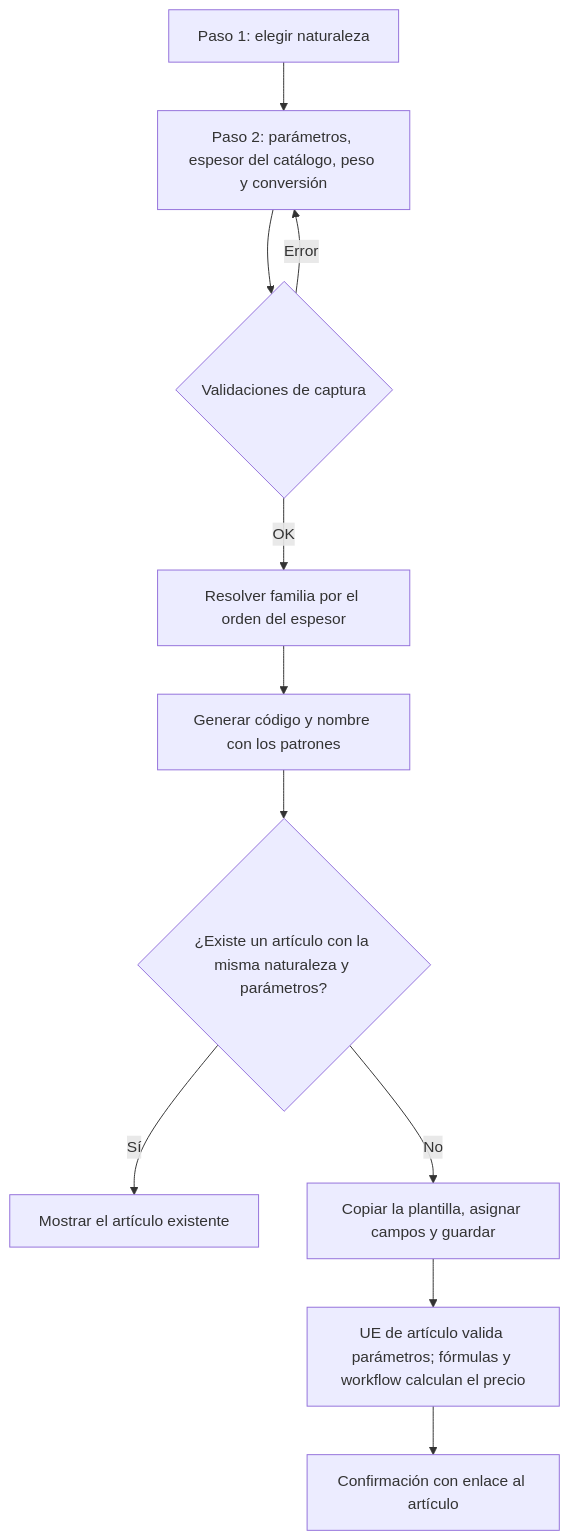
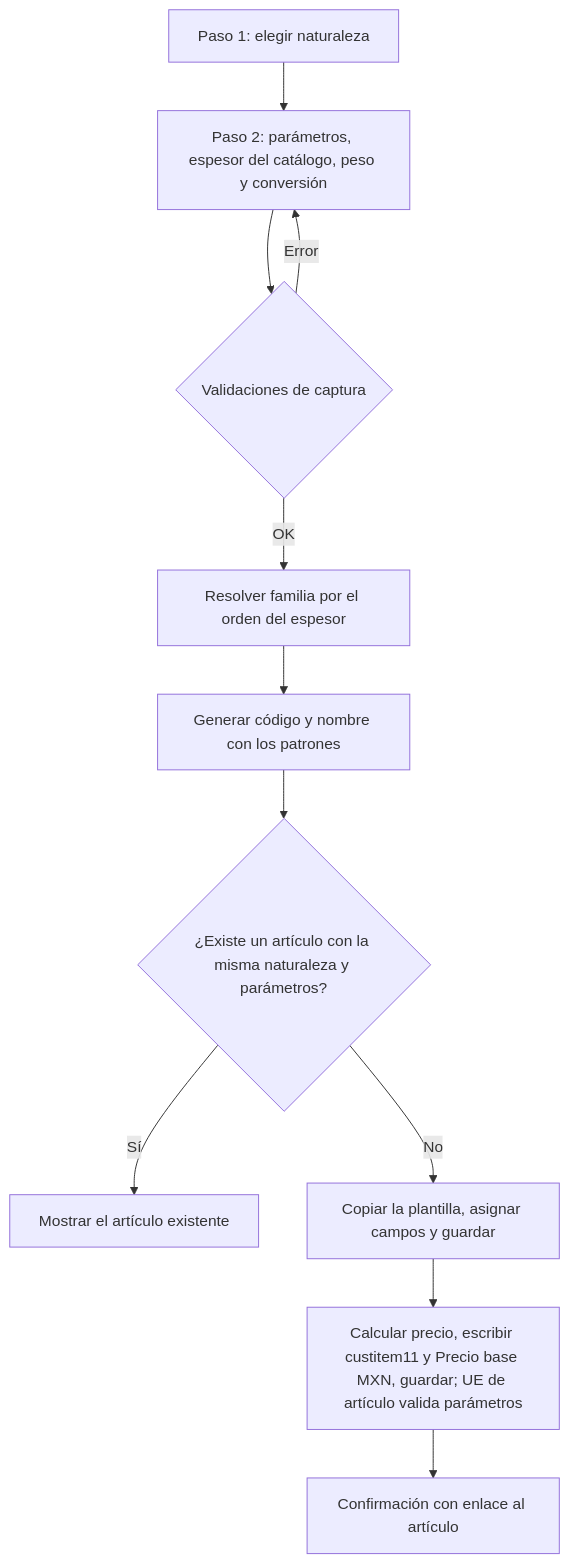
Before and after one commit to saulkgames/Naturaleza-de-Productos: the first of 2 diagrams in README.md, drawn with Mermaid. The commit also changed other lines of this file and 11 other files, not shown here.

````diff
--- a/README.md
+++ b/README.md
@@ -43,13 +43,13 @@
 ```mermaid
 flowchart TD
   A[Paso 1: elegir naturaleza] --> B[Paso 2: parámetros, espesor del catálogo, peso y conversión]
   B --> C{Validaciones de captura}
   C -- Error --> B
   C -- OK --> D[Resolver familia por el orden del espesor]
   D --> E[Generar código y nombre con los patrones]
   E --> F{¿Existe un artículo con la misma naturaleza y parámetros?}
   F -- Sí --> G[Mostrar el artículo existente]
   F -- No --> H[Copiar la plantilla, asignar campos y guardar]
-  H --> I[UE de artículo valida parámetros; fórmulas y workflow calculan el precio]
+  H --> I[Calcular precio, escribir custitem11 y Precio base MXN, guardar; UE de artículo valida parámetros]
   I --> J[Confirmación con enlace al artículo]
 ```
````
